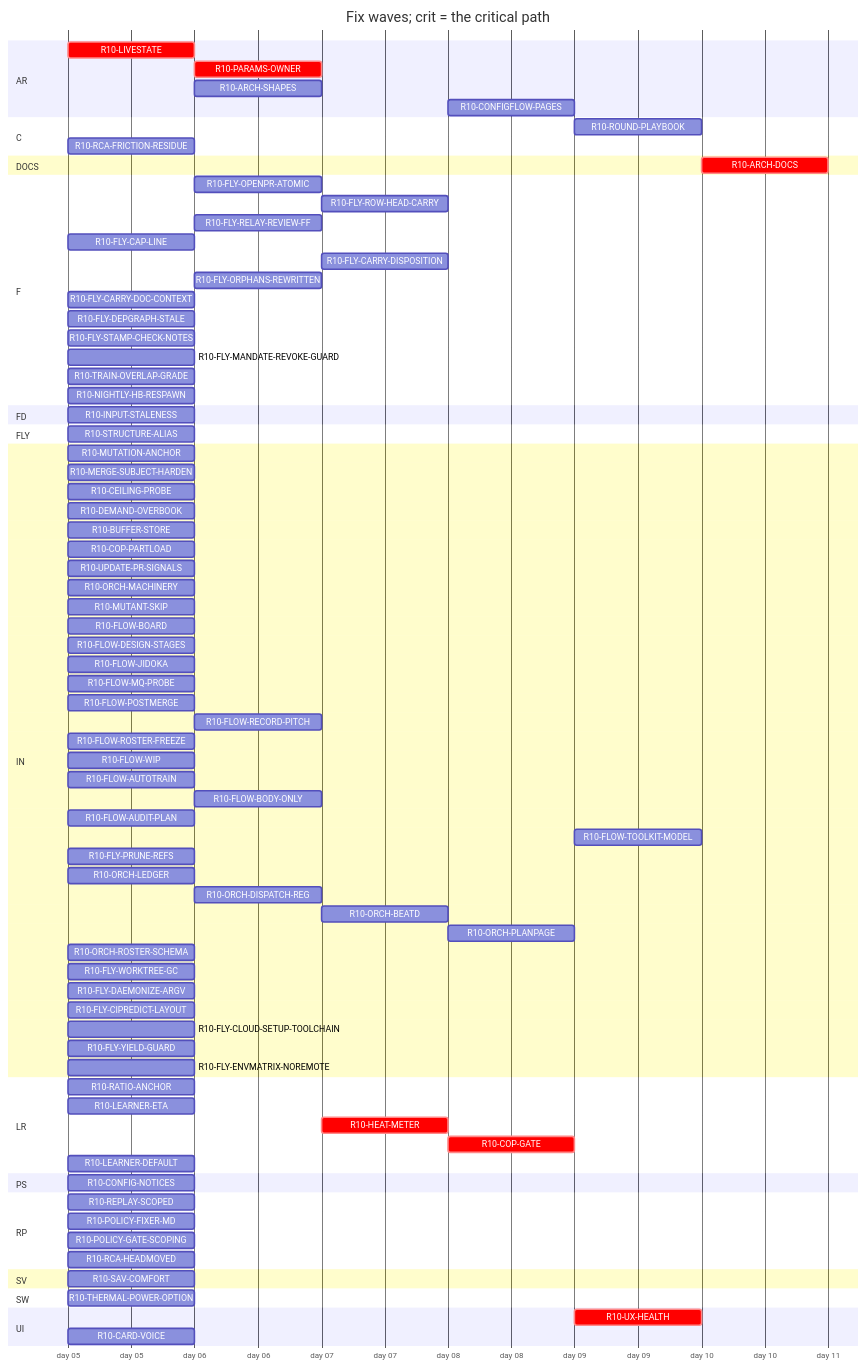
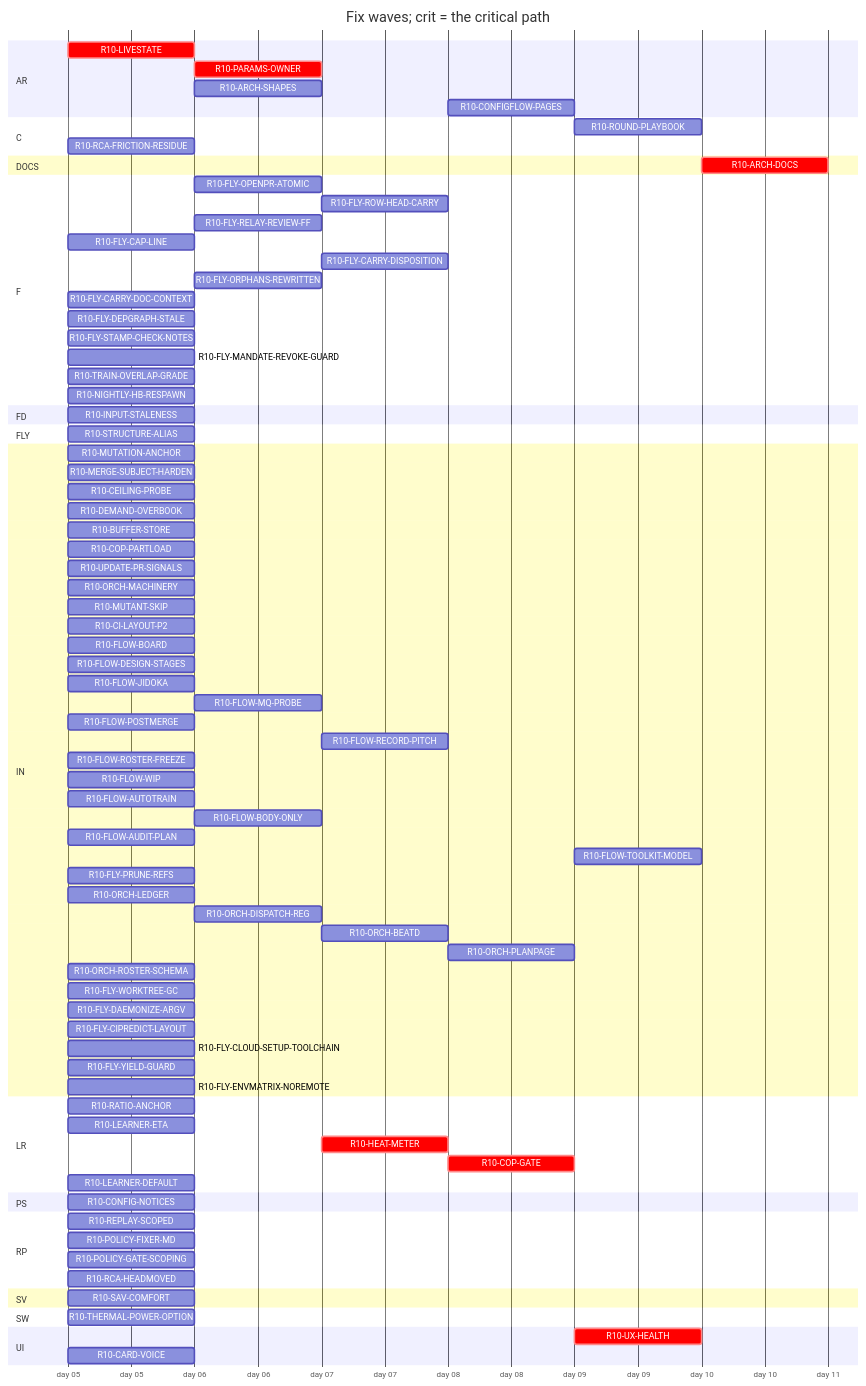
One commit to tvofi/heatpump_optimizer changed the diagram in handoff/round10/state/PLAN-TABLE.md. Above: the diagram before and after it, drawn with Mermaid. The commit also changed other lines of this file and 2 other files, not shown here.

```diff
--- a/handoff/round10/state/PLAN-TABLE.md
+++ b/handoff/round10/state/PLAN-TABLE.md
@@ -34,13 +34,13 @@
     R10-ARCH-SHAPES :r10ARCHSHAPES, after r10LIVESTATE r10INPUTSTALENESS, 1d
     R10-CONFIGFLOW-PAGES :r10CONFIGFLOWPAGES, after r10HEATMETER, 1d
   section C
-    R10-ROUND-PLAYBOOK :r10ROUNDPLAYBOOK, after r10FLOWAUDITPLAN r10ORCHLEDGER r10ORCHDISPATCHREG r10ORCHBEATD r10ORCHPLANPAGE r10FLOWAUTOTRAIN, 1d
+    R10-ROUND-PLAYBOOK :r10ROUNDPLAYBOOK, after r10FLOWAUDITPLAN r10ORCHLEDGER r10ORCHDISPATCHREG r10ORCHBEATD r10ORCHPLANPAGE r10FLOWAUTOTRAIN r10CILAYOUTP2, 1d
     R10-RCA-FRICTION-RESIDUE :r10RCAFRICTIONRESIDUE, 2026-01-05, 1d
   section DOCS
     R10-ARCH-DOCS :crit, r10ARCHDOCS, after r10RATIOANCHOR r10INPUTSTALENESS r10LIVESTATE r10CONFIGNOTICES r10PARAMSOWNER r10ARCHSHAPES r10LEARNERETA r10HEATMETER r10COPGATE r10UXHEALTH r10CONFIGFLOWPAGES r10REPLAYSCOPED, 1d
   section F
     R10-FLY-OPENPR-ATOMIC :r10FLYOPENPRATOMIC, after r10UPDATEPRSIGNALS, 1d
-    R10-FLY-ROW-HEAD-CARRY :r10FLYROWHEADCARRY, after r10FLYOPENPRATOMIC, 1d
+    R10-FLY-ROW-HEAD-CARRY :r10FLYROWHEADCARRY, after r10CILAYOUTP2 r10FLYOPENPRATOMIC, 1d
     R10-FLY-RELAY-REVIEW-FF :r10FLYRELAYREVIEWFF, after r10UPDATEPRSIGNALS, 1d
     R10-FLY-CAP-LINE :r10FLYCAPLINE, 2026-01-05, 1d
     R10-FLY-CARRY-DISPOSITION :r10FLYCARRYDISPOSITION, after r10FLYORPHANSREWRITTEN, 1d
@@ -65,12 +65,13 @@
     R10-UPDATE-PR-SIGNALS :r10UPDATEPRSIGNALS, 2026-01-05, 1d
     R10-ORCH-MACHINERY :r10ORCHMACHINERY, 2026-01-05, 1d
     R10-MUTANT-SKIP :r10MUTANTSKIP, 2026-01-05, 1d
+    R10-CI-LAYOUT-P2 :r10CILAYOUTP2, 2026-01-05, 1d
     R10-FLOW-BOARD :r10FLOWBOARD, 2026-01-05, 1d
     R10-FLOW-DESIGN-STAGES :r10FLOWDESIGNSTAGES, 2026-01-05, 1d
     R10-FLOW-JIDOKA :r10FLOWJIDOKA, 2026-01-05, 1d
-    R10-FLOW-MQ-PROBE :r10FLOWMQPROBE, 2026-01-05, 1d
+    R10-FLOW-MQ-PROBE :r10FLOWMQPROBE, after r10CILAYOUTP2, 1d
     R10-FLOW-POSTMERGE :r10FLOWPOSTMERGE, 2026-01-05, 1d
-    R10-FLOW-RECORD-PITCH :r10FLOWRECORDPITCH, after r10FLOWMQPROBE, 1d
+    R10-FLOW-RECORD-PITCH :r10FLOWRECORDPITCH, after r10CILAYOUTP2 r10FLOWMQPROBE, 1d
     R10-FLOW-ROSTER-FREEZE :r10FLOWROSTERFREEZE, 2026-01-05, 1d
     R10-FLOW-WIP :r10FLOWWIP, 2026-01-05, 1d
     R10-FLOW-AUTOTRAIN :r10FLOWAUTOTRAIN, 2026-01-05, 1d
```
